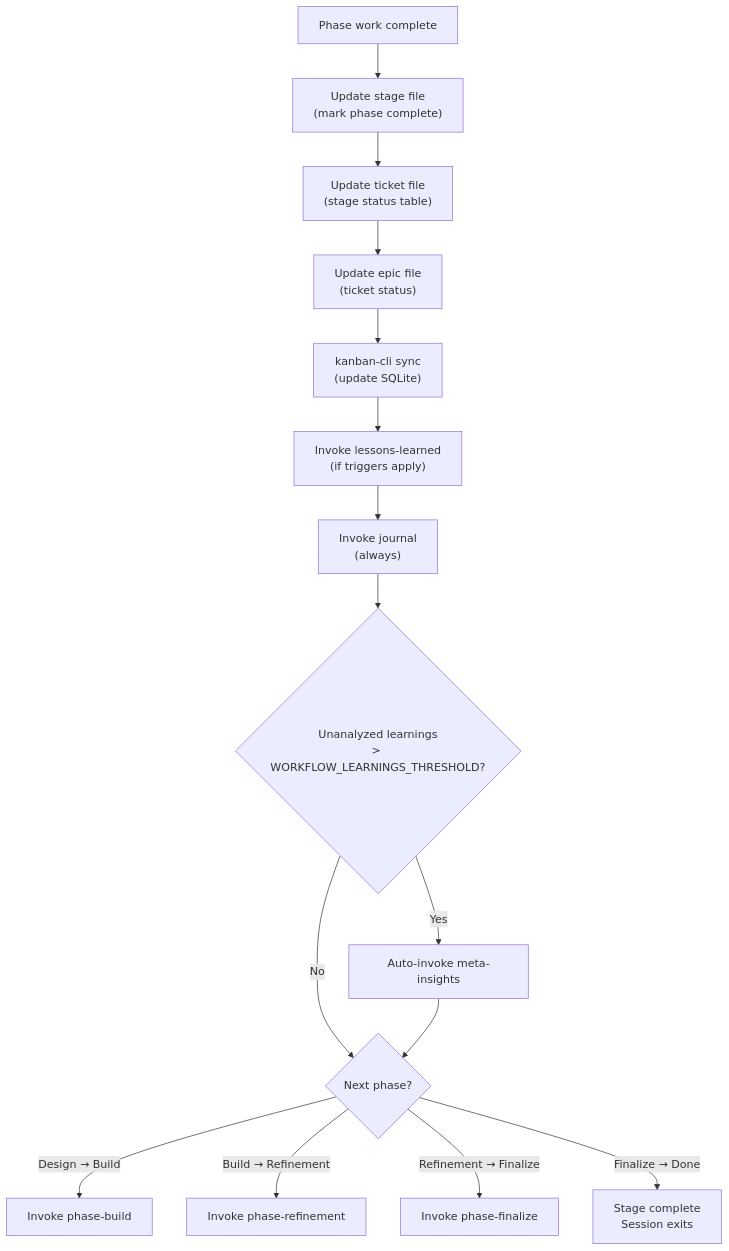
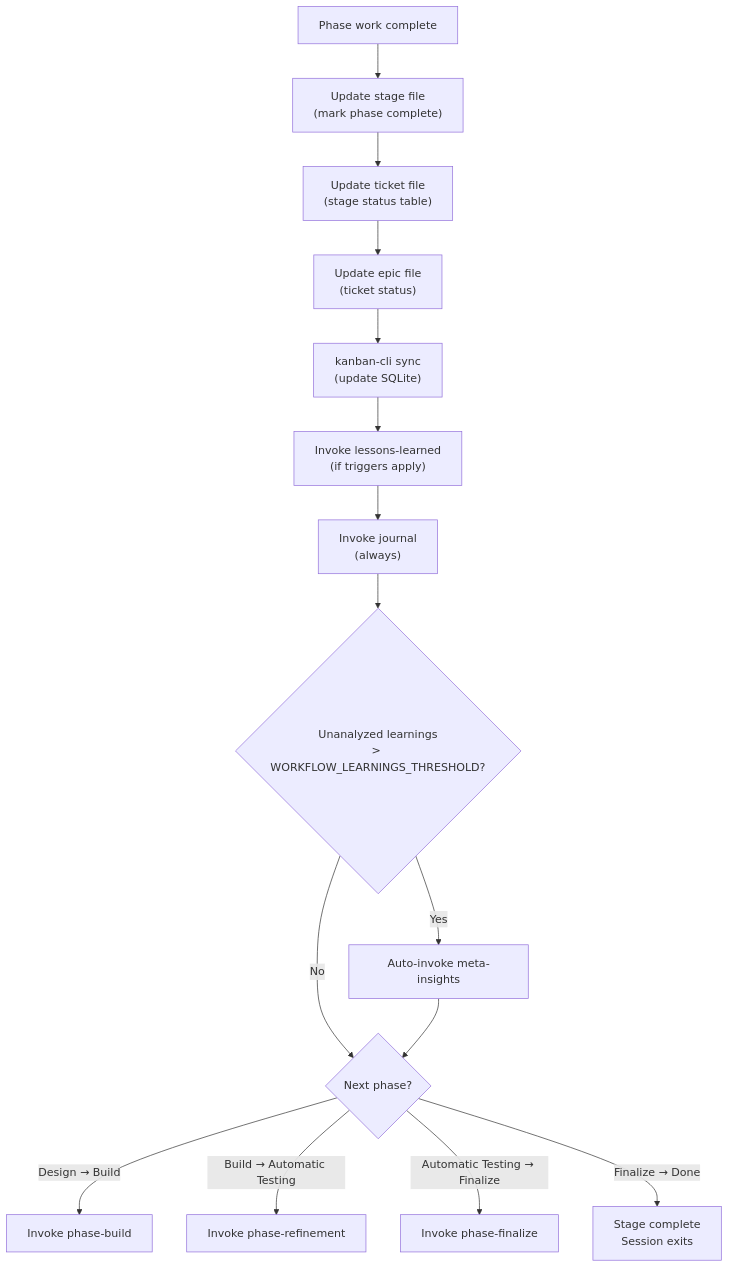
Diagram 13 of 24 in docs/plans/2026-02-16-kanban-workflow-end-state.md (jakekausler/claude-code-workflow), drawn with Mermaid before and after one commit. The commit also changed other lines of this file, not shown here.

Commit message:
docs: update end-state vision with modularity architecture and column renames

````diff
--- a/docs/plans/2026-02-16-kanban-workflow-end-state.md
+++ b/docs/plans/2026-02-16-kanban-workflow-end-state.md
@@ -653,17 +654,17 @@
 ```mermaid
 flowchart TD
     A["Phase work complete"] --> B["Update stage file<br/>(mark phase complete)"]
     B --> C["Update ticket file<br/>(stage status table)"]
     C --> D["Update epic file<br/>(ticket status)"]
     D --> E["kanban-cli sync<br/>(update SQLite)"]
     E --> F["Invoke lessons-learned<br/>(if triggers apply)"]
     F --> G["Invoke journal<br/>(always)"]
     G --> H{Unanalyzed learnings<br/>> WORKFLOW_LEARNINGS_THRESHOLD?}
     H -->|Yes| I["Auto-invoke meta-insights"]
     H -->|No| J{Next phase?}
     I --> J
     J -->|Design → Build| K["Invoke phase-build"]
-    J -->|Build → Refinement| L["Invoke phase-refinement"]
-    J -->|Refinement → Finalize| M["Invoke phase-finalize"]
+    J -->|Build → Automatic Testing| L["Invoke phase-refinement"]
+    J -->|Automatic Testing → Finalize| M["Invoke phase-finalize"]
     J -->|Finalize → Done| N["Stage complete<br/>Session exits"]
 ```
````
